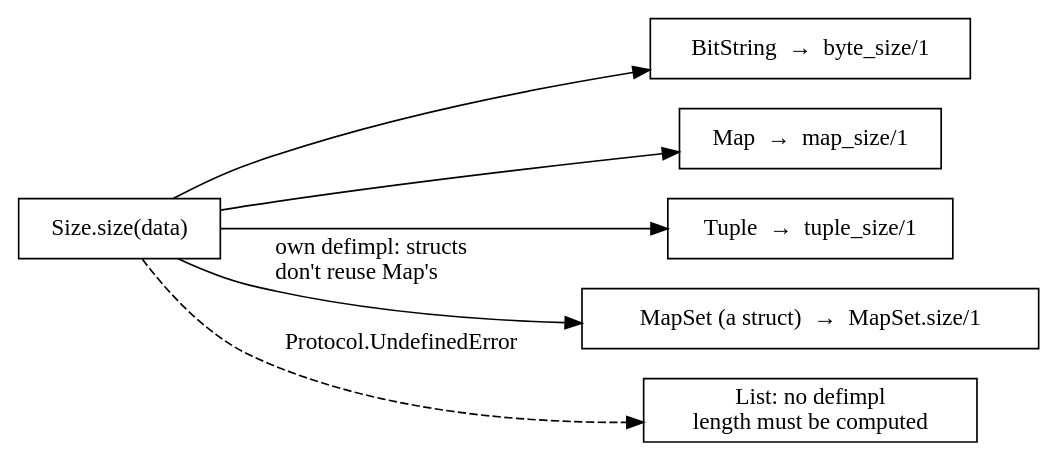
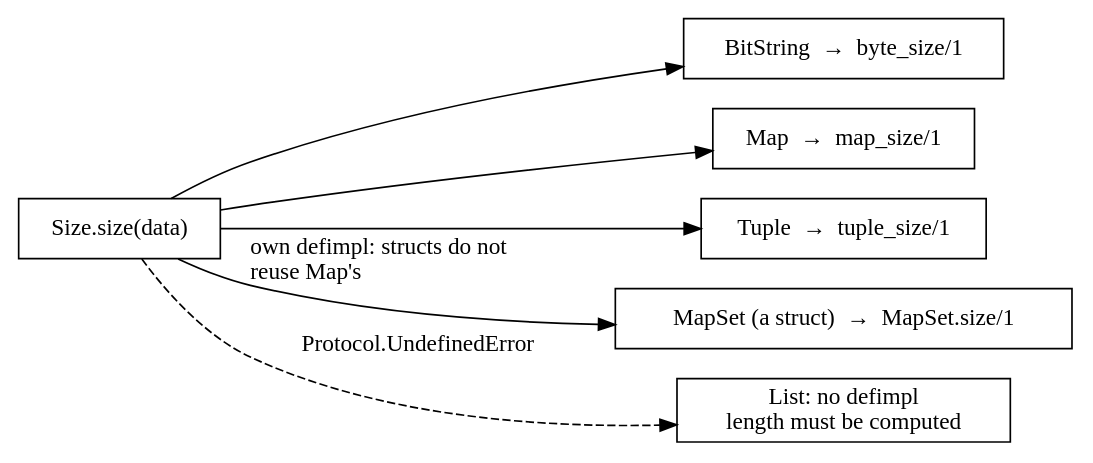
Before and after one commit to danceinthefake/visualixir: the diagram in docs/diagrams/protocols/size.dot, drawn with Graphviz. The commit also changed 59 other files, not shown here.

First line of the commit message:
Apply ASD-STE100 to interface text and diagram labels

```diff
--- a/docs/diagrams/protocols/size.dot
+++ b/docs/diagrams/protocols/size.dot
@@ -1,15 +1,15 @@
 digraph size {
   rankdir=LR
   node [shape=box]
   proto [label="Size.size(data)" class=hl]
   bs [label="BitString  →  byte_size/1"]
   mp [label="Map  →  map_size/1"]
   tp [label="Tuple  →  tuple_size/1"]
   ms [label="MapSet (a struct)  →  MapSet.size/1"]
   ls [label="List: no defimpl\nlength must be computed"]
   proto -> bs
   proto -> mp
   proto -> tp
-  proto -> ms [label=" own defimpl: structs\l don't reuse Map's\l"]
+  proto -> ms [label=" own defimpl: structs do not\l reuse Map's\l"]
   proto -> ls [label=" Protocol.UndefinedError" class=bad style=dashed]
 }
```
